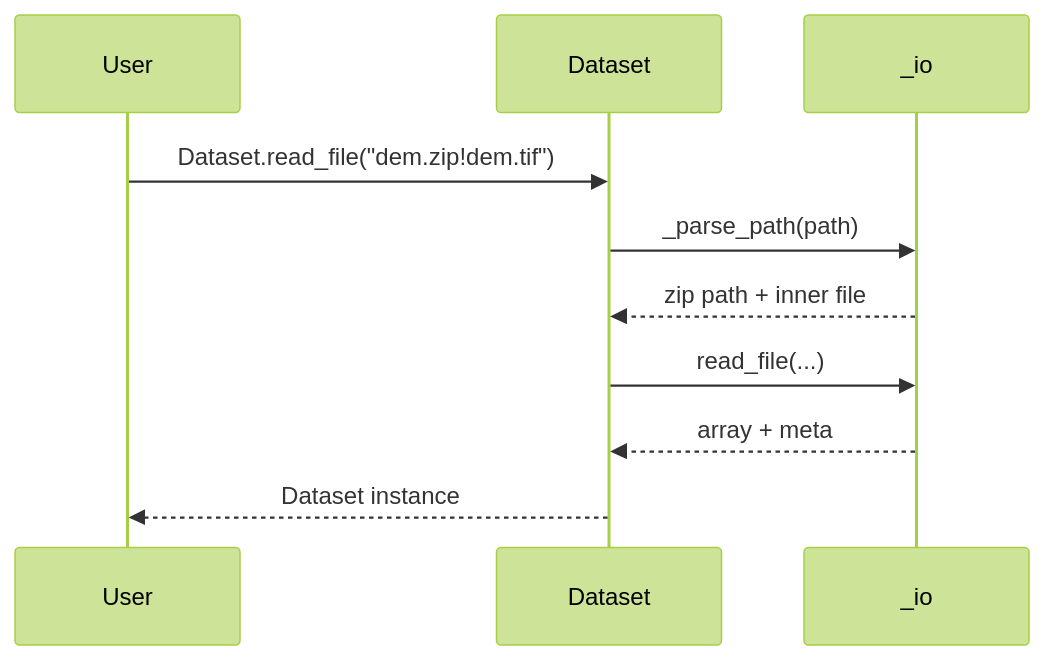
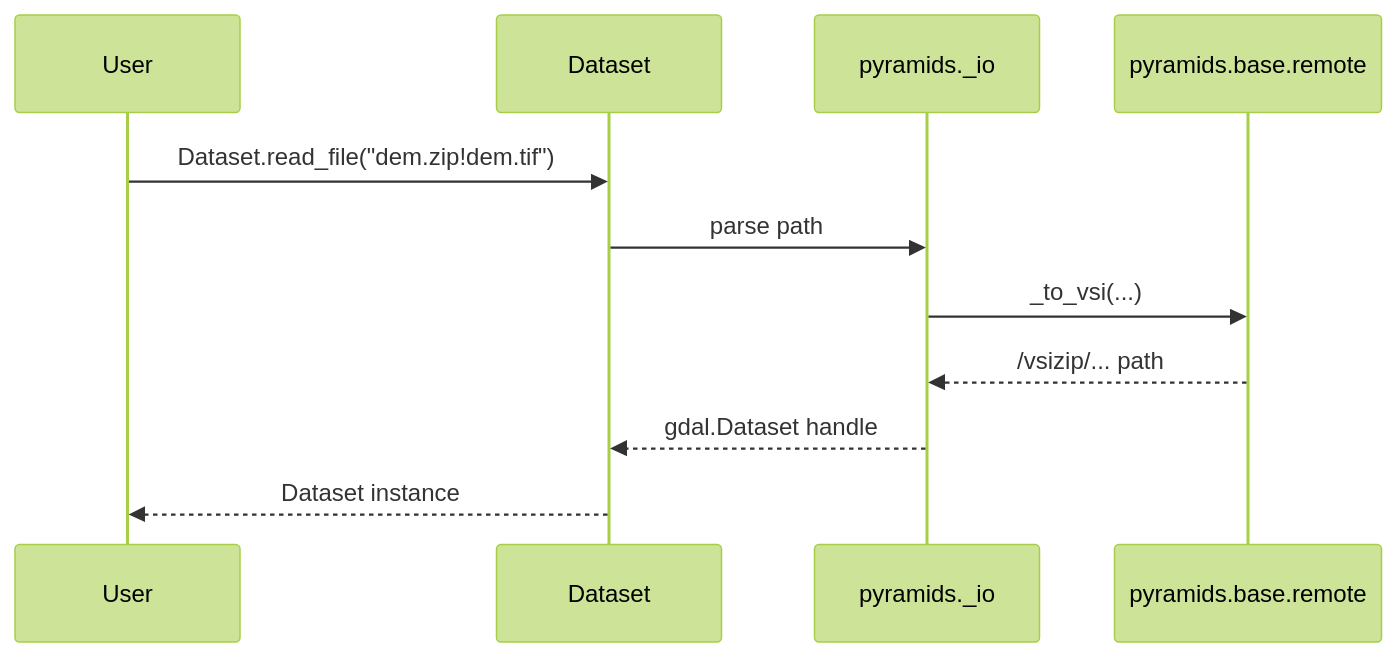
The sixth of 13 diagrams in docs/architecture/diagrams.md (serapeum-org/pyramids), drawn with Mermaid (forest theme) before and after one commit. The commit also changed other lines of this file and 3 other files, not shown here.

````diff
--- a/docs/architecture/diagrams.md
+++ b/docs/architecture/diagrams.md
@@ -79,12 +197,13 @@
 ```mermaid
 sequenceDiagram
   participant U as User
   participant DS as Dataset
-  participant IO as _io
+  participant IO as pyramids._io
+  participant REM as pyramids.base.remote
   U->>DS: Dataset.read_file("dem.zip!dem.tif")
-  DS->>IO: _parse_path(path)
-  IO-->>DS: zip path + inner file
-  DS->>IO: read_file(...)
-  IO-->>DS: array + meta
+  DS->>IO: parse path
+  IO->>REM: _to_vsi(...)
+  REM-->>IO: /vsizip/... path
+  IO-->>DS: gdal.Dataset handle
   DS-->>U: Dataset instance
 ```
````
